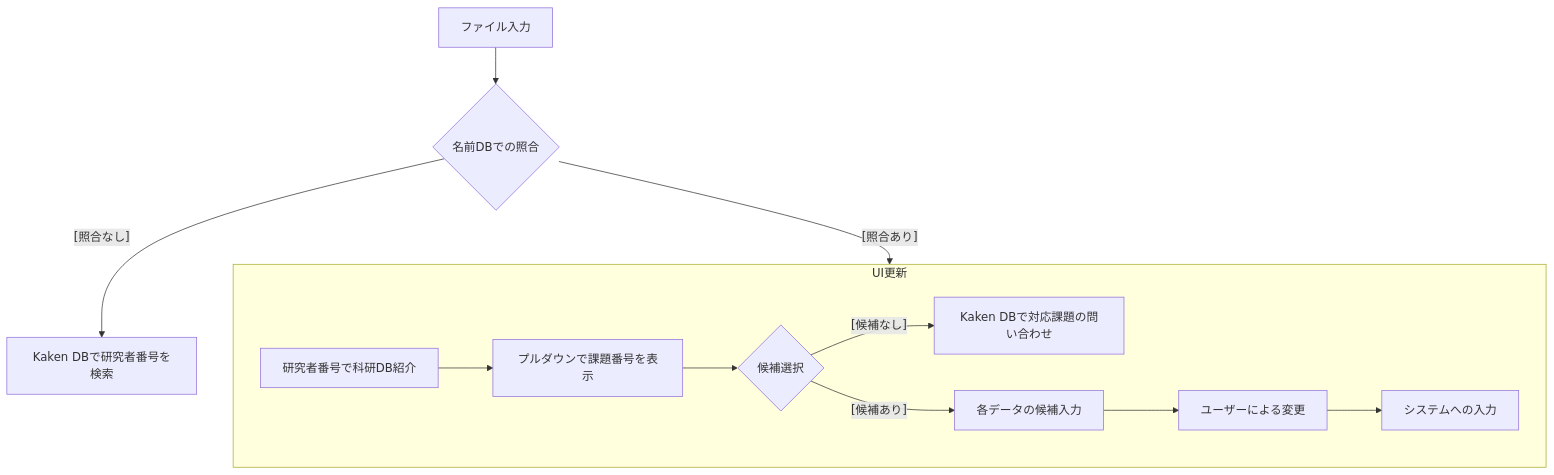
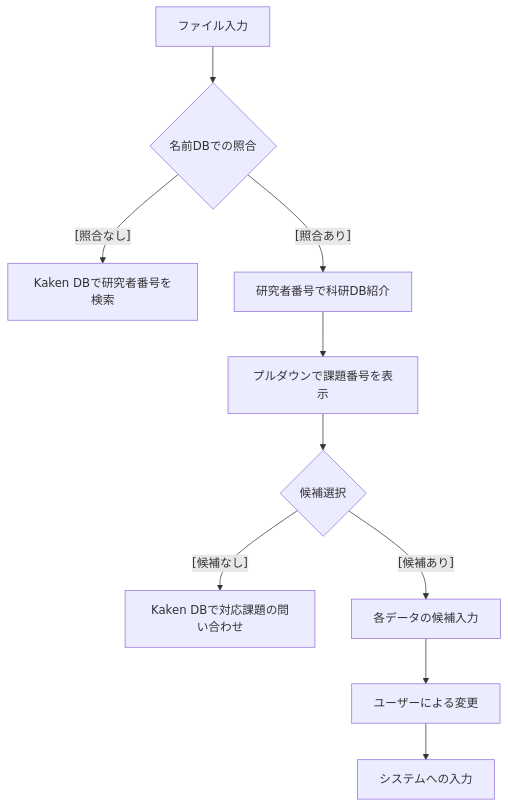
One commit to junta-m/Automated_Processing_of_Research_Supplies changed the diagram in README.md. Above: the diagram before and after it, drawn with Mermaid.

Commit message:
marmaid simplified

````diff
--- a/README.md
+++ b/README.md
@@ -16,23 +16,20 @@
 ```mermaid
 graph TD;
 	A[ファイル入力]
 	B{名前DBでの照合}
 	A-->B;
-	B--[照合あり]--> UI更新
 	B--[照合なし]-->BB[Kaken DBで研究者番号を検索]
-
-	subgraph UI更新
-		C[研究者番号で科研DB紹介]
-		C --> D;
-		D[プルダウンで課題番号を表示]
-		D --> E;
-		E{候補選択};
-		E --[候補なし]--> EE[Kaken DBで対応課題の問い合わせ];
-		E --[候補あり]--> F;
-		F[各データの候補入力]
-		F --> G;
-		G[ユーザーによる変更]
-		G-->H;
-		H[システムへの入力]
-	end
+	B--[照合あり]--> C;
+	C[研究者番号で科研DB紹介]
+	C --> D;
+	D[プルダウンで課題番号を表示]
+	D --> E;
+	E{候補選択};
+	E --[候補なし]--> EE[Kaken DBで対応課題の問い合わせ];
+	E --[候補あり]--> F;
+	F[各データの候補入力]
+	F --> G;
+	G[ユーザーによる変更]
+	G-->H;
+	H[システムへの入力]
 ```
````
